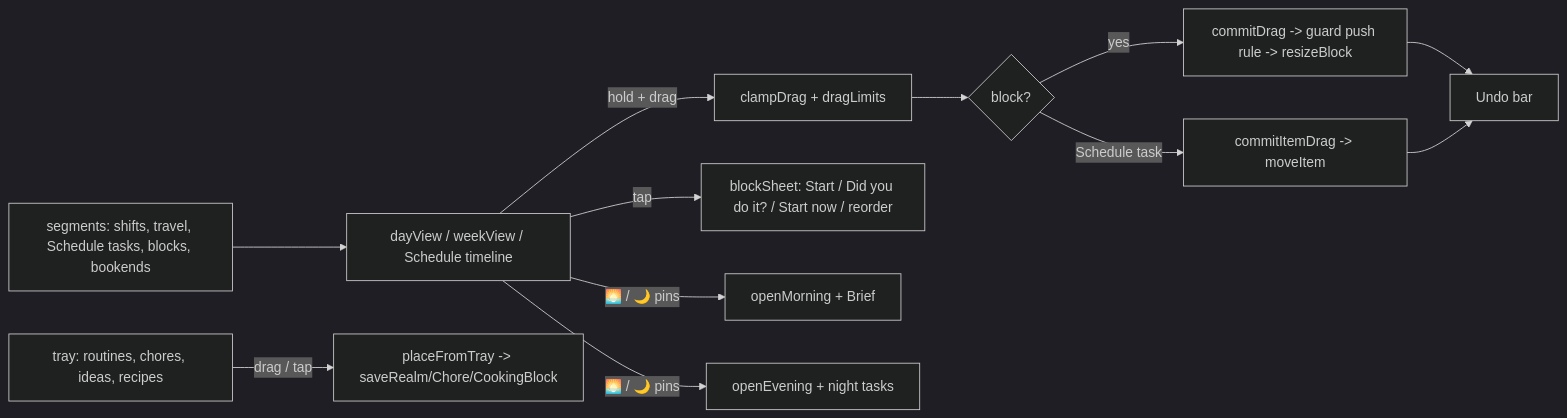
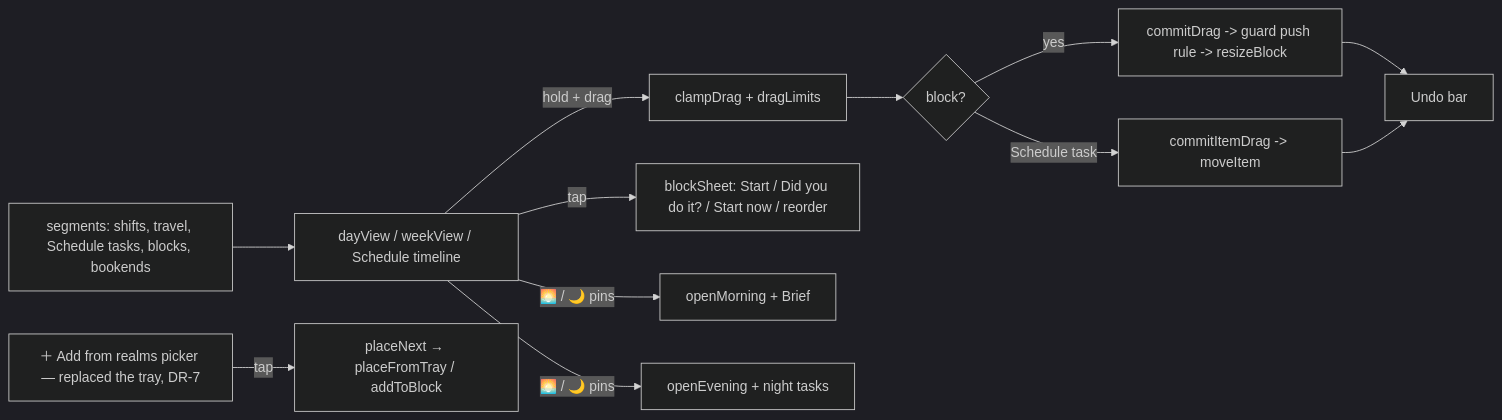
Diagram 27 of 47 in system_flow_map.md (acesanyabeats-web/RPGACE), drawn with Mermaid (dark theme) before and after one commit. The commit also changed other lines of this file and 10 other files, not shown here.

````diff
--- a/system_flow_map.md
+++ b/system_flow_map.md
@@ -865,10 +882,10 @@
 ```mermaid
 flowchart LR
   S[segments: shifts, travel, Schedule tasks, blocks, bookends] --> V[dayView / weekView / Schedule timeline]
   V -->|hold + drag| D[clampDrag + dragLimits] --> C{block?}
   C -->|yes| CD[commitDrag -> guard push rule -> resizeBlock] --> U[Undo bar]
   C -->|Schedule task| CI[commitItemDrag -> moveItem] --> U
   V -->|tap| SH[blockSheet: Start / Did you do it? / Start now / reorder]
-  T[tray: routines, chores, ideas, recipes] -->|drag / tap| P[placeFromTray -> saveRealm/Chore/CookingBlock]
+  T[＋ Add from realms picker — replaced the tray, DR-7] -->|tap| P[placeNext → placeFromTray / addToBlock]
   V -->|🌅 / 🌙 pins| MB[openMorning + Brief] & EV[openEvening + night tasks]
 ```
````
